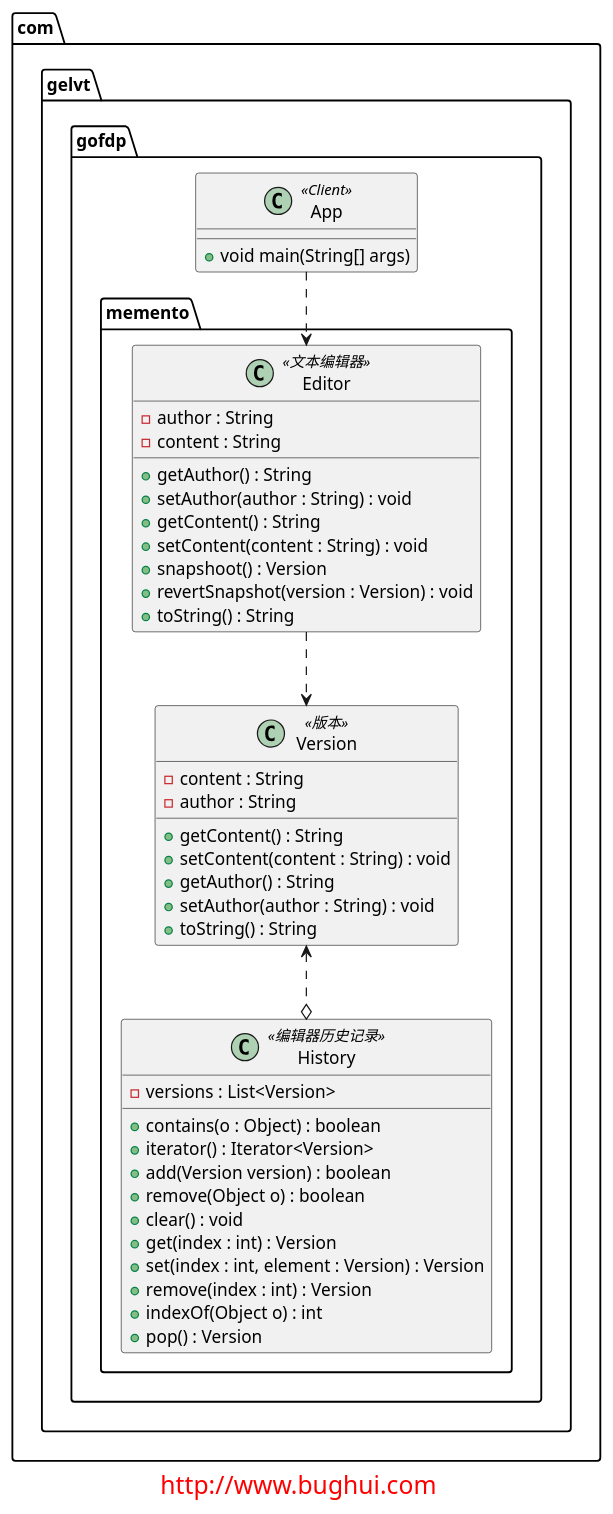
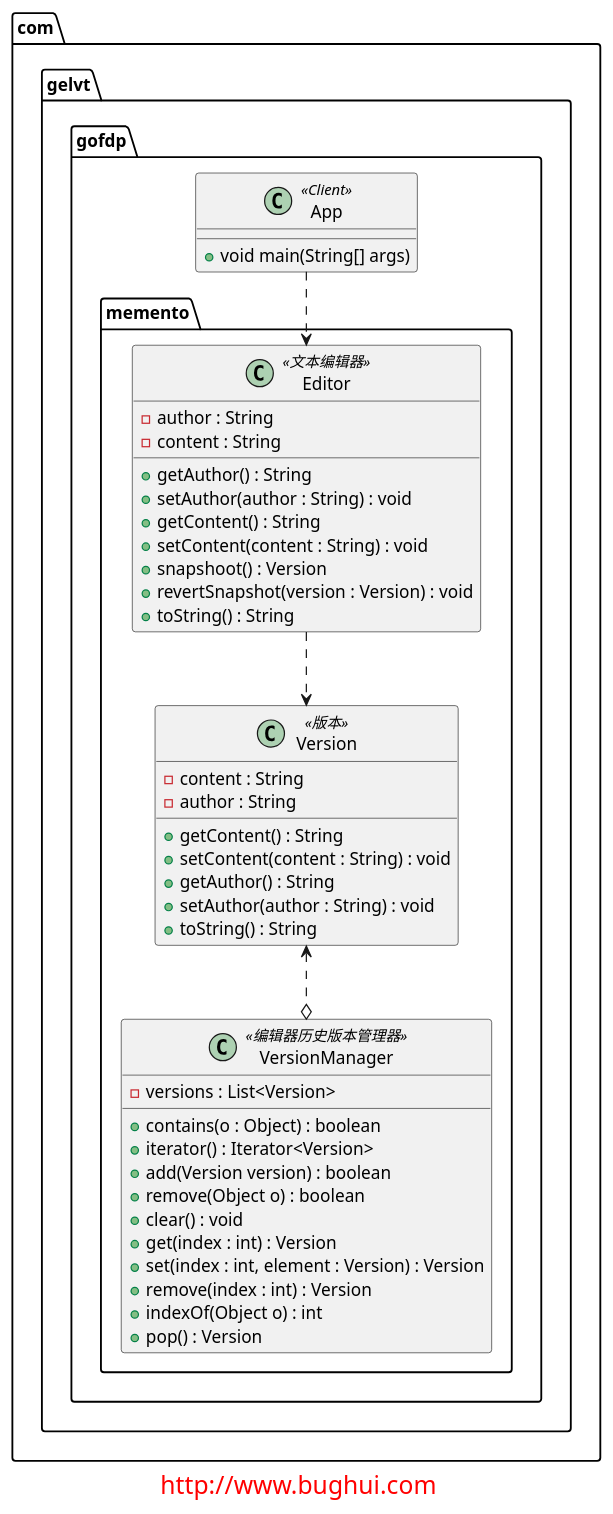
The diagram in memento/diagrams/memento.puml (elvinzeng/java-design-pattern-samples), drawn with PlantUML before and after one commit. The commit also changed 3 other files, not shown here.

```diff
--- a/memento/diagrams/memento.puml
+++ b/memento/diagrams/memento.puml
@@ -1,57 +1,57 @@
 @startuml
 
 package com.gelvt.gofdp.memento{
     class Version <<版本>>{
         - content : String
         - author : String
         + getContent() : String
         + setContent(content : String) : void
         + getAuthor() : String
         + setAuthor(author : String) : void
         + toString() : String
     }
 
-    class History <<编辑器历史记录>> {
+    class VersionManager <<编辑器历史版本管理器>> {
         - versions : List<Version>
         + contains(o : Object) : boolean
         + iterator() : Iterator<Version>
         + add(Version version) : boolean
         + remove(Object o) : boolean
         + clear() : void
         + get(index : int) : Version
         + set(index : int, element : Version) : Version
         + remove(index : int) : Version
         + indexOf(Object o) : int
         + pop() : Version
     }
 
     class Editor <<文本编辑器>> {
         - author : String
         - content : String
         + getAuthor() : String
         + setAuthor(author : String) : void
         + getContent() : String
         + setContent(content : String) : void
         + snapshoot() : Version
         + revertSnapshot(version : Version) : void
         + toString() : String
     }
 
     Editor ..> Version
-    Version <..o History
+    Version <..o VersionManager
 
 }
 
 package com.gelvt.gofdp{
     class App <<Client>>{
         + void main(String[] args)
     }
 }
 
 App ..> Editor
 
 footer
 <font size="20" color="red">http://www.bughui.com</font>
 endfooter
 
 @enduml
```
